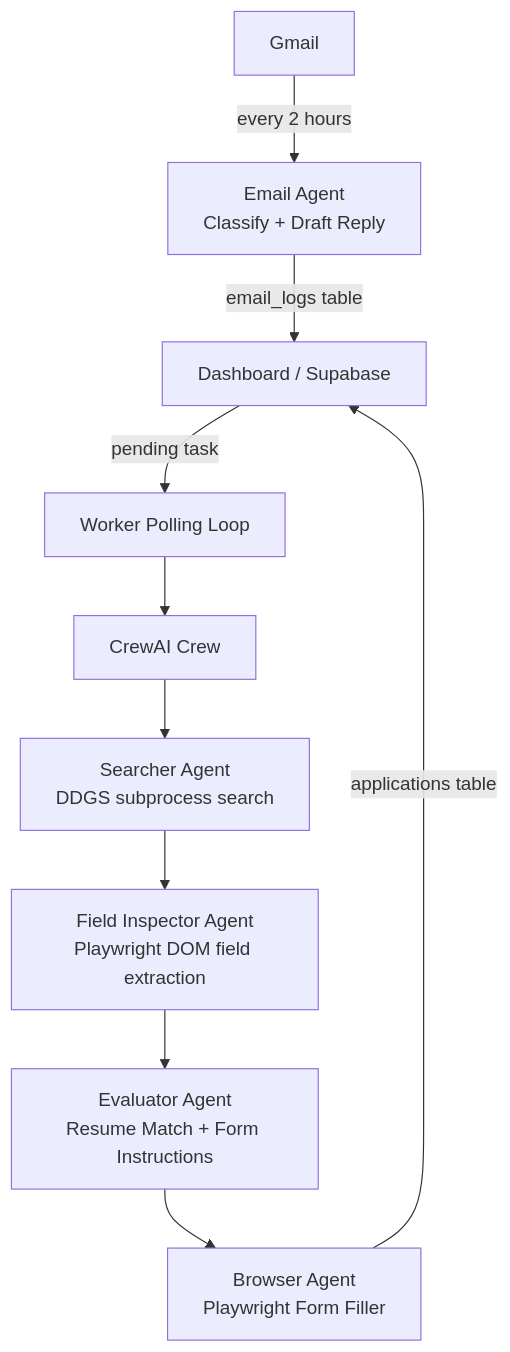
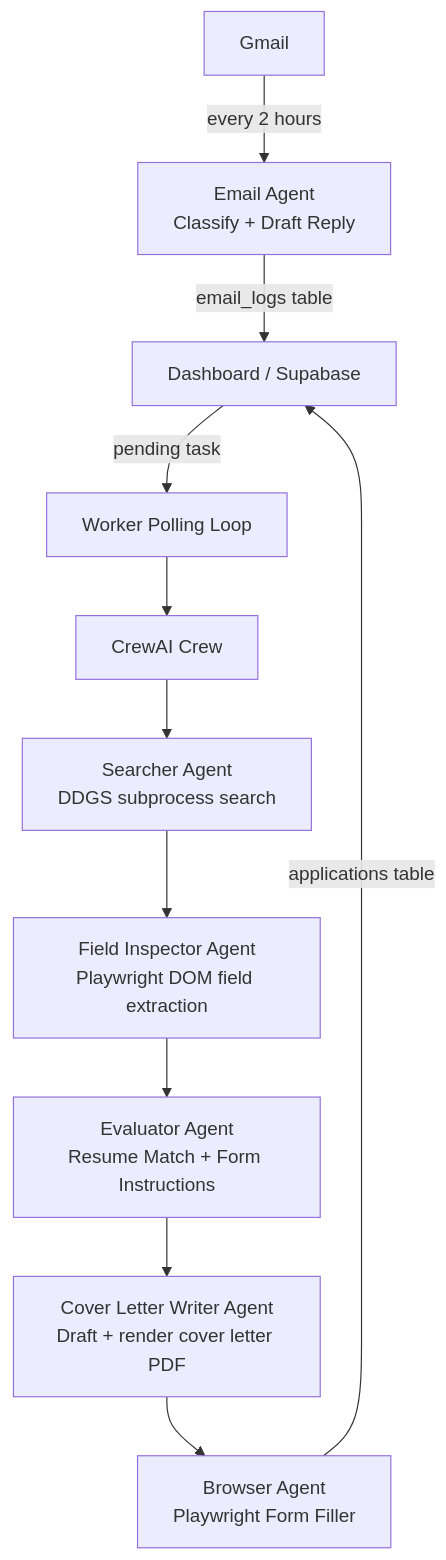
Before and after one commit to tanner-k/agentic-job-hunter: the diagram in README.md, drawn with Mermaid. The commit also changed other lines of this file, not shown here.

Commit message:
docs: add Cover Letter Writer agent to How It Works diagram

````diff
--- a/README.md
+++ b/README.md
@@ -31,12 +31,13 @@
 ```mermaid
 graph TD
     A[Dashboard / Supabase] -->|pending task| B[Worker Polling Loop]
     B --> C[CrewAI Crew]
     C --> D[Searcher Agent\nDDGS subprocess search]
     D --> E[Field Inspector Agent\nPlaywright DOM field extraction]
     E --> F[Evaluator Agent\nResume Match + Form Instructions]
-    F --> G[Browser Agent\nPlaywright Form Filler]
-    G -->|applications table| A
-    H[Gmail] -->|every 2 hours| I[Email Agent\nClassify + Draft Reply]
-    I -->|email_logs table| A
+    F --> G[Cover Letter Writer Agent\nDraft + render cover letter PDF]
+    G --> H[Browser Agent\nPlaywright Form Filler]
+    H -->|applications table| A
+    I[Gmail] -->|every 2 hours| J[Email Agent\nClassify + Draft Reply]
+    J -->|email_logs table| A
 ```
````
